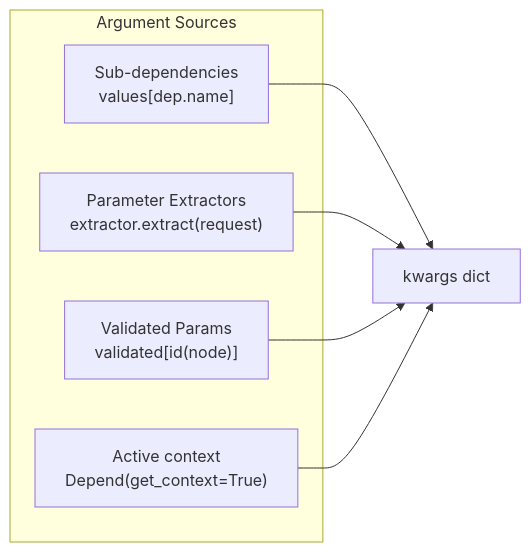
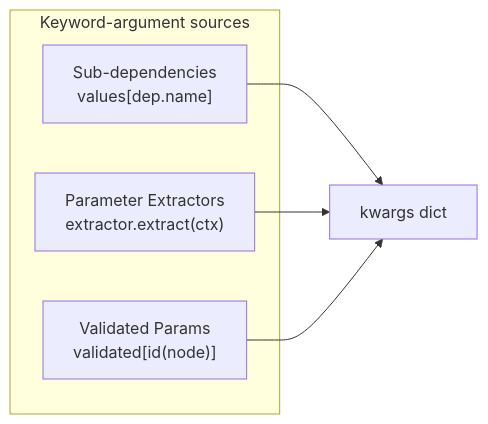
Before and after one commit to sillohq/core: the fifth of 8 diagrams in docs/docs/src/content/docs/v1.0/advanced/dependency-injection.md, drawn with Mermaid. The commit also changed other lines of this file and 18 other files, not shown here.

First line of the commit message:
DI: a dependency takes the context as its first argument, like a handler

````diff
--- a/docs/docs/src/content/docs/v1.0/advanced/dependency-injection.md
+++ b/docs/docs/src/content/docs/v1.0/advanced/dependency-injection.md
@@ -489,14 +481,12 @@
 ```mermaid
 flowchart LR
-    subgraph Sources["Argument Sources"]
+    subgraph Sources["Keyword-argument sources"]
         A["Sub-dependencies<br/>values[dep.name]"]
-        B["Parameter Extractors<br/>extractor.extract(request)"]
+        B["Parameter Extractors<br/>extractor.extract(ctx)"]
         C["Validated Params<br/>validated[id(node)]"]
-        D["Active context<br/>Depend(get_context=True)"]
     end
 
     A --> Kwargs["kwargs dict"]
     B --> Kwargs
     C --> Kwargs
-    D --> Kwargs
 ```
````
